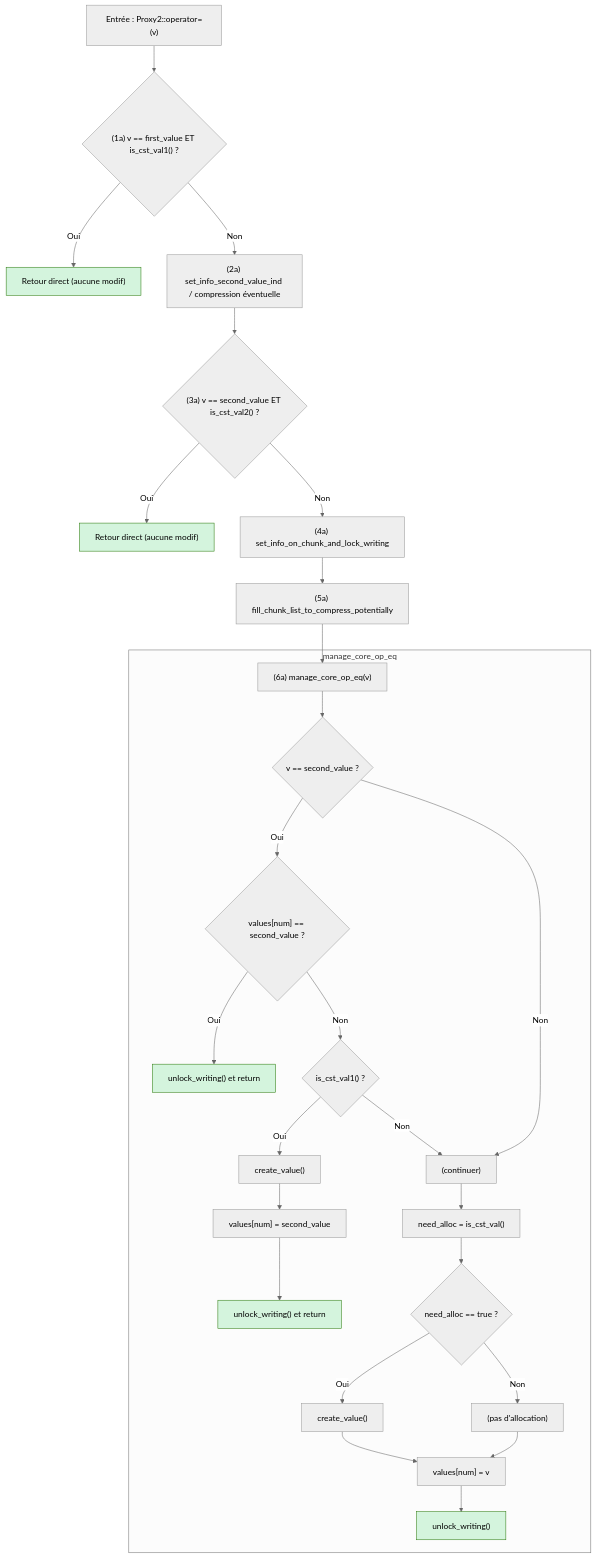
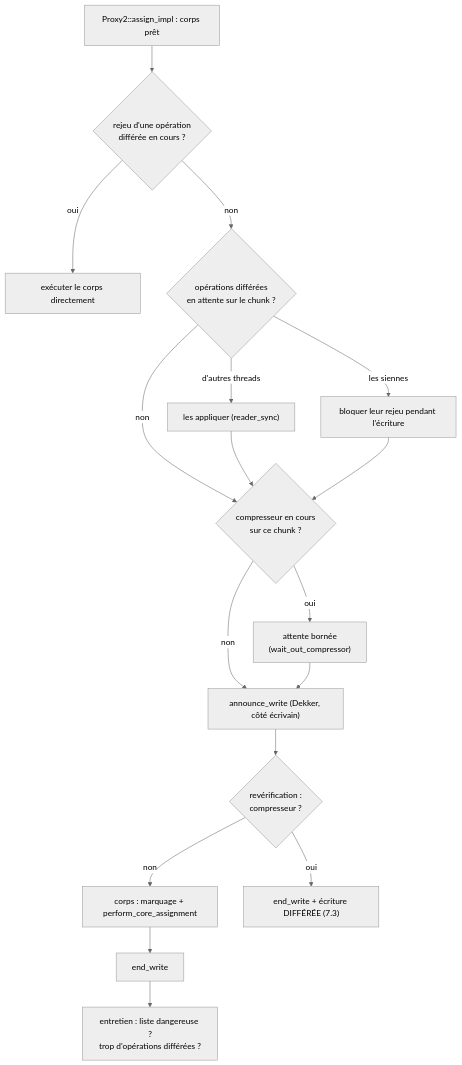
The first of 2 diagrams in docs/algo_chunk2_fr.md (cea-hpc/shrink-array), drawn with Mermaid (neutral theme) before and after one commit. The commit also changed other lines of this file, not shown here.

````diff
--- a/docs/algo_chunk2_fr.md
+++ b/docs/algo_chunk2_fr.md
@@ -573,42 +259,19 @@
 ```mermaid
 flowchart TD
-    classDef retour fill:#d4f4dd,stroke:#2b7a0b,stroke-width:1px;
-
-    %% --- Départ : operator= ---
-    A["Entrée : Proxy2::operator=(v)"] --> B{"(1a) v == first_value ET is_cst_val1() ?"}
-    B1["Retour direct (aucune modif)"]:::retour
-    B -->|Oui| B1
-    B -->|Non| C["(2a) set_info_second_value_ind / compression éventuelle"]
-    C --> D{"(3a) v == second_value ET is_cst_val2() ?"}
-    D1["Retour direct (aucune modif)"]:::retour
-    D -->|Oui| D1
-    D -->|Non| E["(4a) set_info_on_chunk_and_lock_writing"]
-    E --> F["(5a) fill_chunk_list_to_compress_potentially"]
-    F --> G["(6a) manage_core_op_eq(v)"]
-
-    %% --- manage_core_op_eq ---
-    subgraph MCOEQ["manage_core_op_eq"]
-        G --> H{"v == second_value ?"}
-        H -->|Oui| I{"values[num] == second_value ?"}
-        I1["unlock_writing() et return"]:::retour
-        I -->|Oui| I1
-        I -->|Non| J{"is_cst_val1() ?"}
-        K["create_value()"]
-        L["values[num] = second_value"]
-        M["unlock_writing() et return"]:::retour
-        J -->|Oui| K --> L --> M
-        J -->|Non| N["(continuer)"]
-        H -->|Non| N
-        N --> O["need_alloc = is_cst_val()"]
-        O --> P{"need_alloc == true ?"}
-        Q["create_value()"]
-        R["(pas d'allocation)"]
-        P -->|Oui| Q
-        P -->|Non| R
-        S["values[num] = v"]
-        Q --> S
-        R --> S
-        T["unlock_writing()"]:::retour
-        S --> T
-    end
+    A["Proxy2::assign_impl : corps prêt"] --> B{"rejeu d'une opération<br/>différée en cours ?"}
+    B -->|oui| B1["exécuter le corps directement"]
+    B -->|non| C{"opérations différées<br/>en attente sur le chunk ?"}
+    C -->|"d'autres threads"| C1["les appliquer (reader_sync)"]
+    C -->|"les siennes"| C2["bloquer leur rejeu pendant l'écriture"]
+    C -->|non| D
+    C1 --> D
+    C2 --> D
+    D{"compresseur en cours<br/>sur ce chunk ?"} -->|oui| D1["attente bornée<br/>(wait_out_compressor)"]
+    D -->|non| E
+    D1 --> E["announce_write (Dekker, côté écrivain)"]
+    E --> F{"revérification :<br/>compresseur ?"}
+    F -->|non| G["corps : marquage + perform_core_assignment"]
+    G --> H["end_write"]
+    H --> I["entretien : liste dangereuse ?<br/>trop d'opérations différées ?"]
+    F -->|oui| J["end_write + écriture DIFFÉRÉE (7.3)"]
 ```
````
